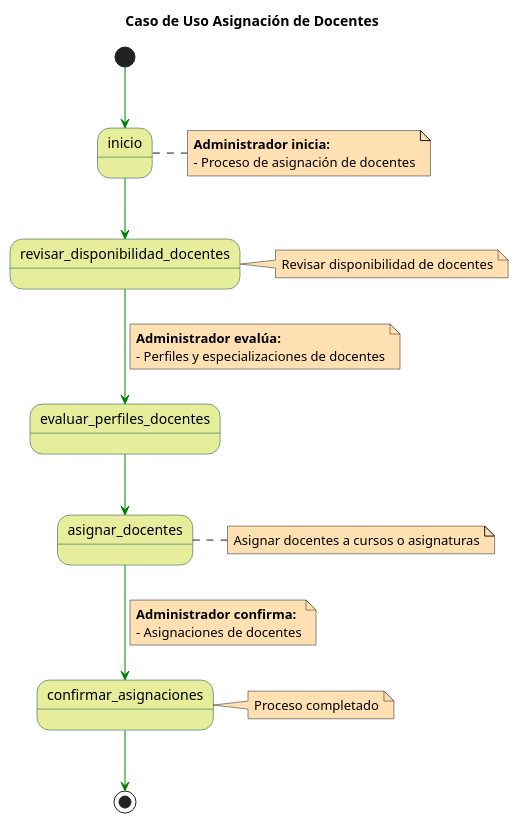
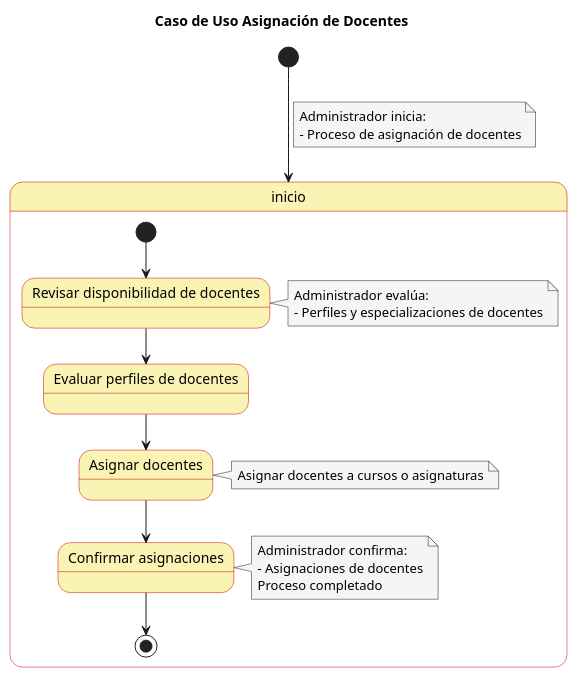
One commit to FernandoWilliam26/23-24-IdSw1-SDR changed the diagram in Casos de Uso/Detalle de Asignacion de Docentes.puml. Above: the diagram before and after it, drawn with PlantUML. The commit also changed other lines of this file and 9 other files, not shown here.

```diff
--- a/Casos de Uso/Detalle de Asignacion de Docentes.puml
+++ b/Casos de Uso/Detalle de Asignacion de Docentes.puml
@@ -1,49 +1,51 @@
 @startuml
 
 skinparam state {
-  BackgroundColor #e6ee9c
-  BorderColor #004d40
+  BackgroundColor #faf4b4
+  BorderColor #c90000
+  TextColor #757575
 }
 
 skinparam note {
-  BackgroundColor #ffe0b2
+  BackgroundColor #f5f5f5
+  TextColor #757575
 }
-
-skinparam linetype polyline
 
 title Caso de Uso Asignación de Docentes
 
-[*] -[#green]-> inicio
-note right of inicio
-  **Administrador inicia:**
+[*] --> inicio
+note on link
+  Administrador inicia:
   - Proceso de asignación de docentes
 end note
 
-inicio -[#green]-> revisar_disponibilidad_docentes
-note right of revisar_disponibilidad_docentes
-  Revisar disponibilidad de docentes
-end note
+state inicio {
+  [*] --> revisar_disponibilidad_docentes
+  state "Revisar disponibilidad de docentes" as revisar_disponibilidad_docentes
 
-revisar_disponibilidad_docentes -[#green]-> evaluar_perfiles_docentes
-note on link
-  **Administrador evalúa:**
-  - Perfiles y especializaciones de docentes
-end note
+  revisar_disponibilidad_docentes --> evaluar_perfiles_docentes
+  note right of revisar_disponibilidad_docentes
+    Administrador evalúa:
+    - Perfiles y especializaciones de docentes
+  end note
 
-evaluar_perfiles_docentes -[#green]-> asignar_docentes
-note right of asignar_docentes
-  Asignar docentes a cursos o asignaturas
-end note
+  state "Evaluar perfiles de docentes" as evaluar_perfiles_docentes
 
-asignar_docentes -[#green]-> confirmar_asignaciones
-note on link
-  **Administrador confirma:**
-  - Asignaciones de docentes
-end note
+  evaluar_perfiles_docentes --> asignar_docentes
+  state "Asignar docentes" as asignar_docentes
+  note right of asignar_docentes
+    Asignar docentes a cursos o asignaturas
+  end note
 
-confirmar_asignaciones -[#green]-> [*]
-note right of confirmar_asignaciones
-  Proceso completado
-end note
+  asignar_docentes --> confirmar_asignaciones
+  state "Confirmar asignaciones" as confirmar_asignaciones
+  note right of confirmar_asignaciones
+    Administrador confirma:
+    - Asignaciones de docentes
+    Proceso completado
+  end note
+
+  confirmar_asignaciones --> [*]
+}
 
 @enduml
```
